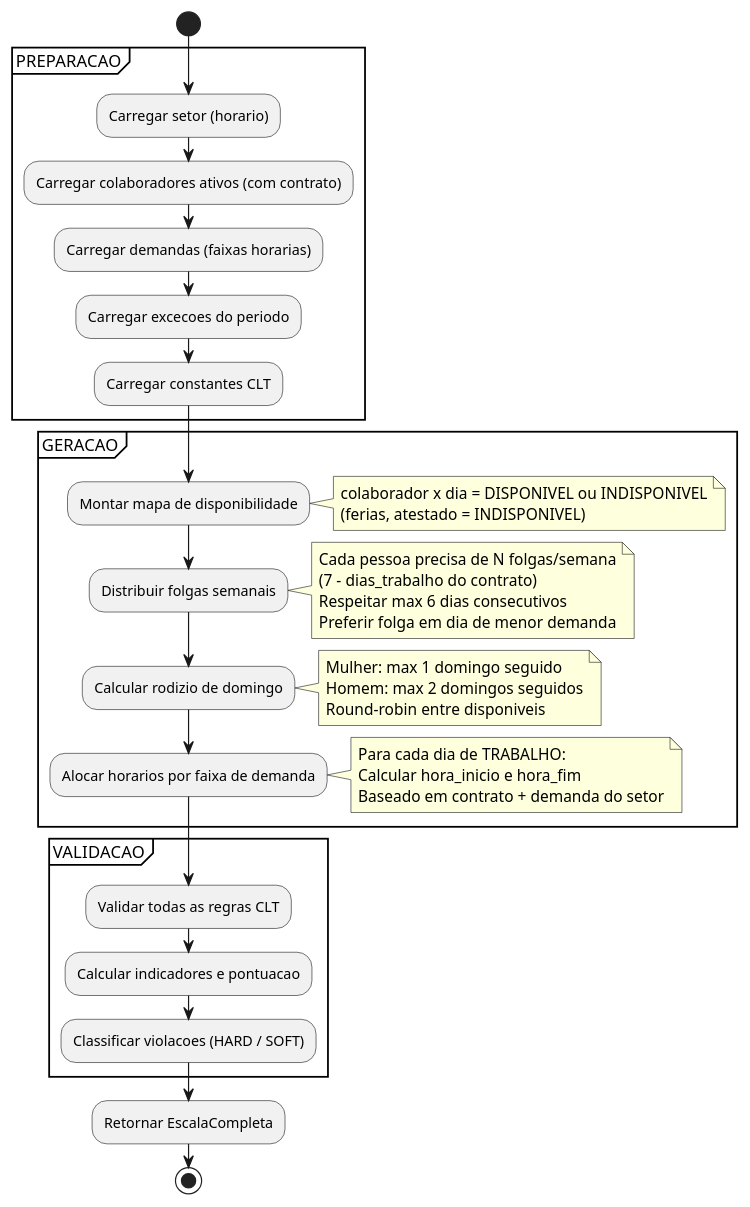
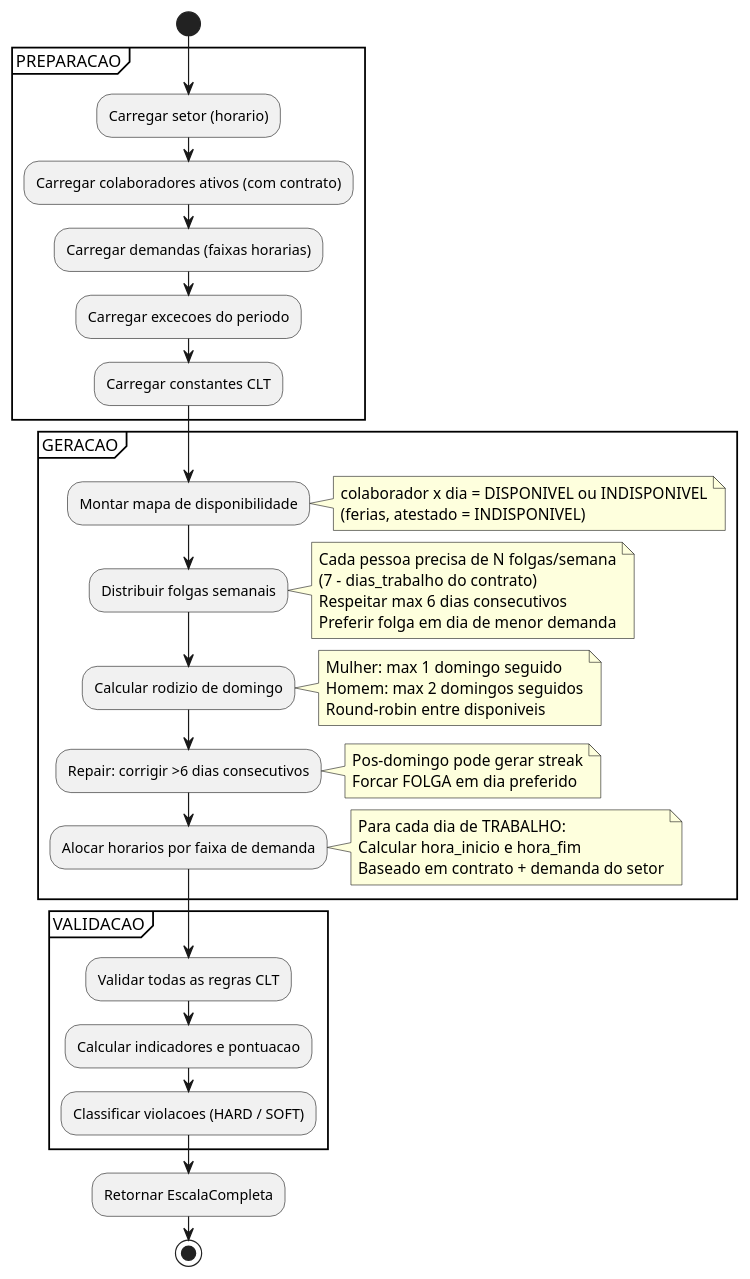
One commit to nmarcofernandess/escalaflow changed the sixth of 9 diagrams in docs/BUILD_V2_ESCALAFLOW.md. Above: the diagram before and after it, drawn with PlantUML. The commit also changed other lines of this file and 10 other files, not shown here.

````diff
--- a/docs/BUILD_V2_ESCALAFLOW.md
+++ b/docs/BUILD_V2_ESCALAFLOW.md
@@ -761,53 +781,59 @@
 ```plantuml
 @startuml
 start
 
 partition "PREPARACAO" {
   :Carregar setor (horario);
   :Carregar colaboradores ativos (com contrato);
   :Carregar demandas (faixas horarias);
   :Carregar excecoes do periodo;
   :Carregar constantes CLT;
 }
 
 partition "GERACAO" {
   :Montar mapa de disponibilidade;
   note right
     colaborador x dia = DISPONIVEL ou INDISPONIVEL
     (ferias, atestado = INDISPONIVEL)
   end note
 
   :Distribuir folgas semanais;
   note right
     Cada pessoa precisa de N folgas/semana
     (7 - dias_trabalho do contrato)
     Respeitar max 6 dias consecutivos
     Preferir folga em dia de menor demanda
   end note
 
   :Calcular rodizio de domingo;
   note right
     Mulher: max 1 domingo seguido
     Homem: max 2 domingos seguidos
     Round-robin entre disponiveis
   end note
 
+  :Repair: corrigir >6 dias consecutivos;
+  note right
+    Pos-domingo pode gerar streak
+    Forcar FOLGA em dia preferido
+  end note
+
   :Alocar horarios por faixa de demanda;
   note right
     Para cada dia de TRABALHO:
     Calcular hora_inicio e hora_fim
     Baseado em contrato + demanda do setor
   end note
 }
 
 partition "VALIDACAO" {
   :Validar todas as regras CLT;
   :Calcular indicadores e pontuacao;
   :Classificar violacoes (HARD / SOFT);
 }
 
 :Retornar EscalaCompleta;
 
 stop
 @enduml
 ```
````
